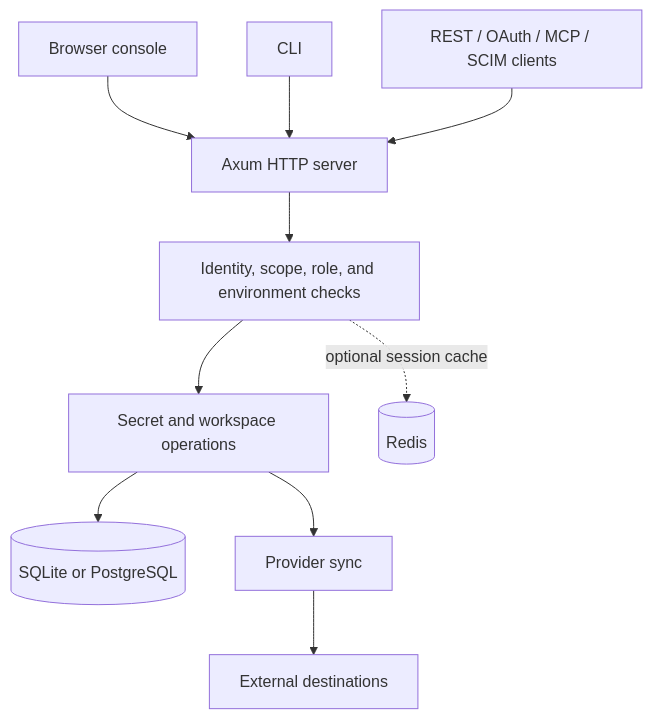
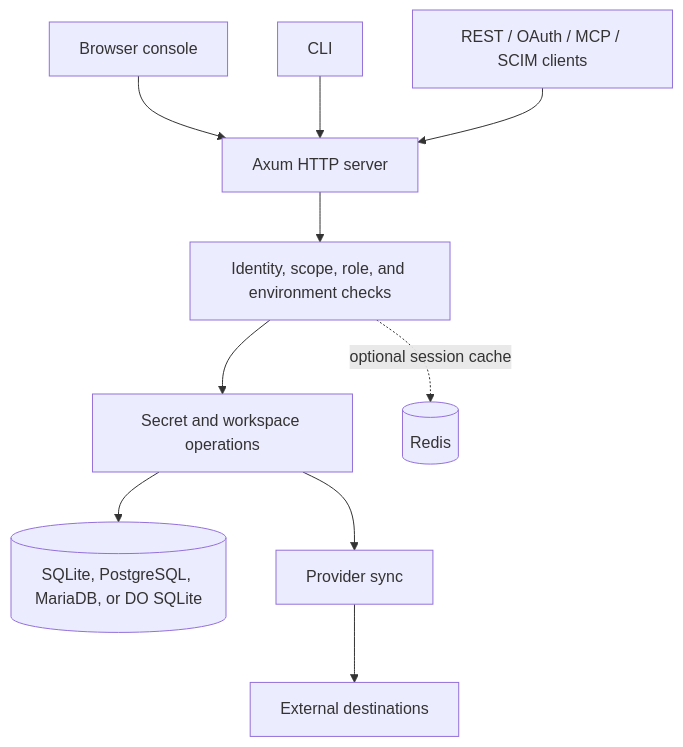
One commit to hongkongkiwi/openwarp changed the diagram in docs/ARCHITECTURE.md. Above: the diagram before and after it, drawn with Mermaid. The commit also changed other lines of this file and 29 other files, not shown here.

First line of the commit message:
Replace inline schema setup with a versioned migration engine

````diff
--- a/docs/ARCHITECTURE.md
+++ b/docs/ARCHITECTURE.md
@@ -21,12 +23,12 @@
 ```mermaid
 flowchart TD
     Browser[Browser console] --> HTTP[Axum HTTP server]
     CLI[CLI] --> HTTP
     Automation[REST / OAuth / MCP / SCIM clients] --> HTTP
     HTTP --> Auth[Identity, scope, role, and environment checks]
     Auth --> Operations[Secret and workspace operations]
-    Operations --> Storage[(SQLite or PostgreSQL)]
+    Operations --> Storage[(SQLite, PostgreSQL, MariaDB, or DO SQLite)]
     Auth -. optional session cache .-> Redis[(Redis)]
     Operations --> Sync[Provider sync]
     Sync --> Remote[External destinations]
 ```
````
